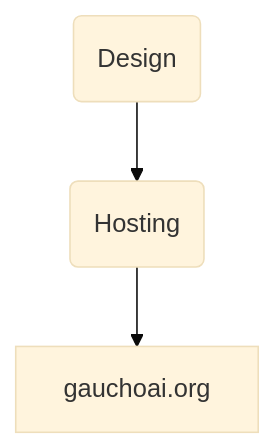
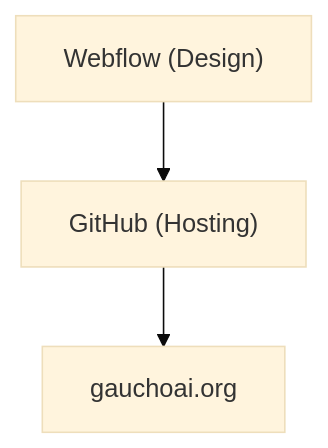
The first of 2 diagrams in README.md (acm-industry/acm.indsutry-Website), drawn with Mermaid (base theme) before and after one commit.

````diff
--- a/README.md
+++ b/README.md
@@ -7,5 +7,5 @@
 ```mermaid
 graph TD;
-    Webflow(Design)-->GitHub(Hosting);
-    GitHub(Hosting)-->gauchoai.org;
+    A["Webflow (Design)"]-->B["GitHub (Hosting)"];
+    B["GitHub (Hosting)"]-->gauchoai.org;
 ```
````
